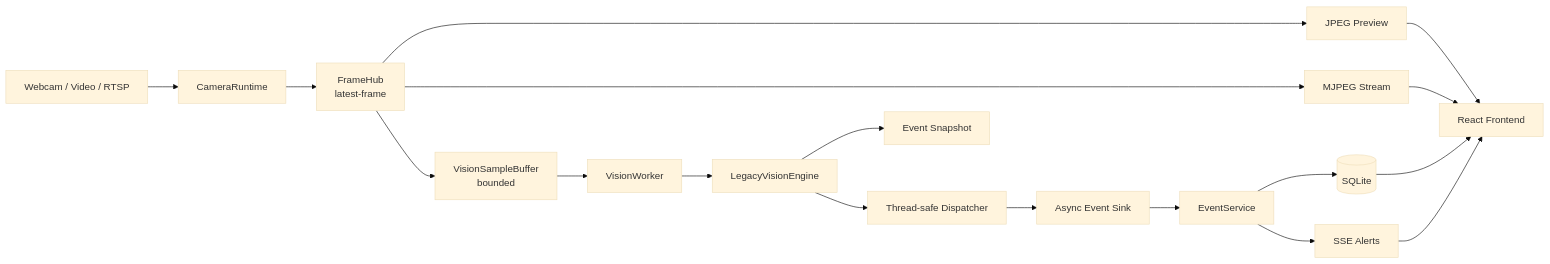
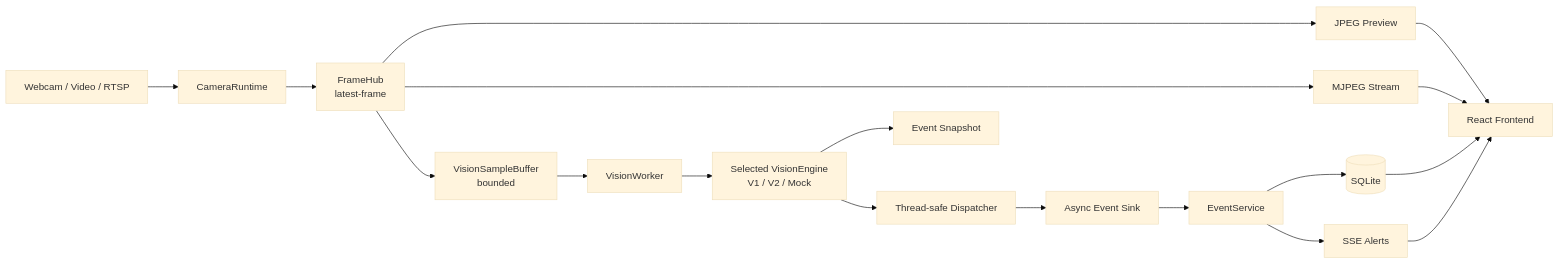
Before and after one commit to daoquocdai/P227: the second of 8 diagrams in docs/architecture_diagram.md, drawn with Mermaid (base theme). The commit also changed other lines of this file and 30 other files, not shown here.

````diff
--- a/docs/architecture_diagram.md
+++ b/docs/architecture_diagram.md
@@ -25,40 +25,40 @@
 ```mermaid
 flowchart LR
     SOURCE[Webcam / Video / RTSP]
     CAMERA[CameraRuntime]
     HUB[FrameHub\nlatest-frame]
     PREVIEW[JPEG Preview]
     MJPEG[MJPEG Stream]
     BUFFER[VisionSampleBuffer\nbounded]
     WORKER[VisionWorker]
-    ENGINE[LegacyVisionEngine]
+    ENGINE[Selected VisionEngine\nV1 / V2 / Mock]
     SNAP[Event Snapshot]
     DISPATCH[Thread-safe Dispatcher]
     SINK[Async Event Sink]
     SERVICE[EventService]
     DB[(SQLite)]
     SSE[SSE Alerts]
     UI[React Frontend]
 
     SOURCE --> CAMERA
     CAMERA --> HUB
 
     HUB --> PREVIEW
     HUB --> MJPEG
     HUB --> BUFFER
 
     BUFFER --> WORKER
     WORKER --> ENGINE
     ENGINE --> SNAP
     ENGINE --> DISPATCH
     DISPATCH --> SINK
     SINK --> SERVICE
 
     SERVICE --> DB
     SERVICE --> SSE
 
     PREVIEW --> UI
     MJPEG --> UI
     DB --> UI
     SSE --> UI
 ```
````
